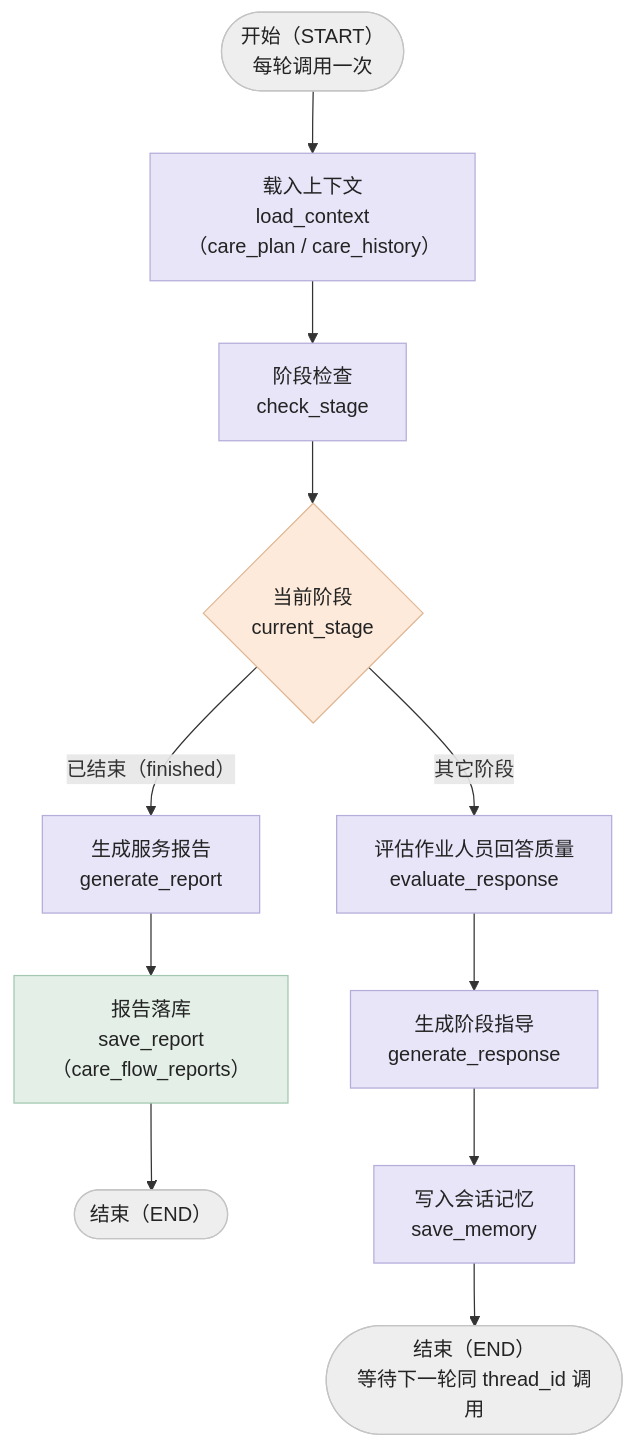
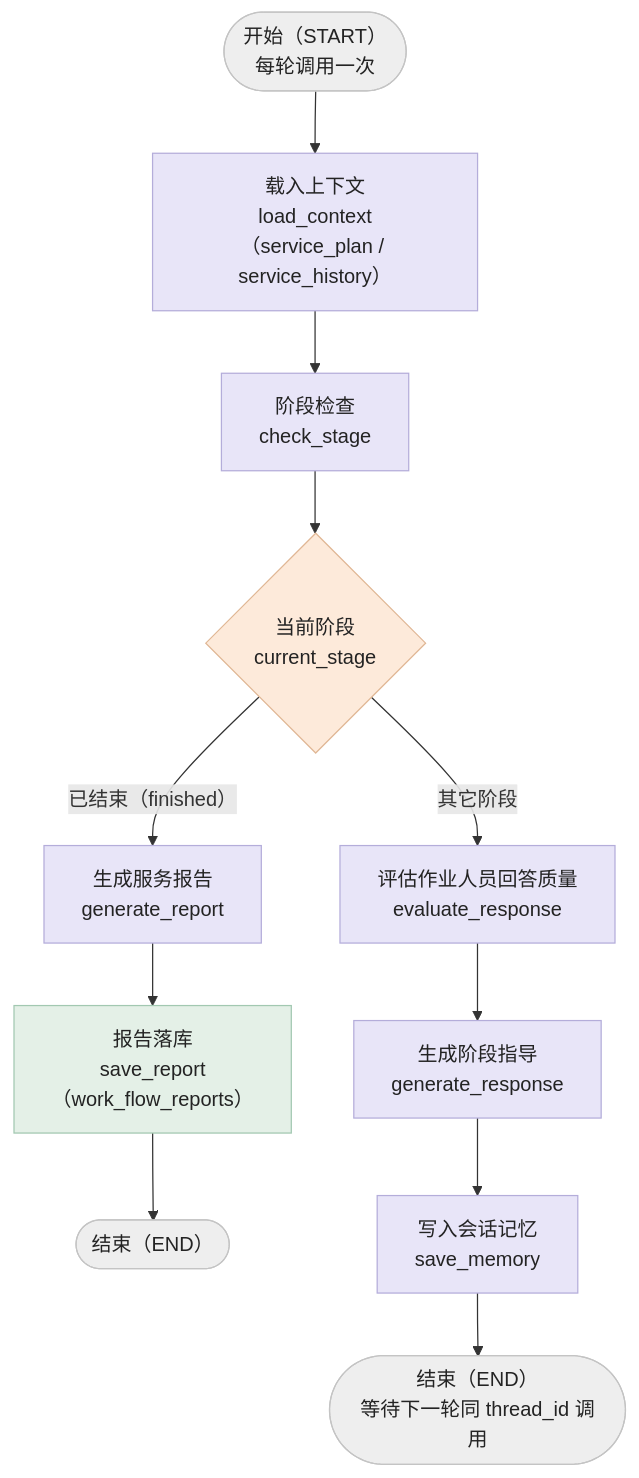
Before and after one commit to sysyan321-alt/fieldops-agent: the ninth of 13 diagrams in 文档/架构流程图.md, drawn with Mermaid. The commit also changed other lines of this file and 4 other files, not shown here.

First line of the commit message:
feat: 阶段⑤(2/2) 四份文档场景化与 MCP schema 重生成

````diff
--- a/文档/架构流程图.md
+++ b/文档/架构流程图.md
@@ -393,24 +393,24 @@
 ```mermaid
 flowchart TD
-    S(["开始（START）<br/>每轮调用一次"]) --> LC["载入上下文<br/>load_context<br/>（care_plan / care_history）"]
+    S(["开始（START）<br/>每轮调用一次"]) --> LC["载入上下文<br/>load_context<br/>（service_plan / service_history）"]
     LC --> CS["阶段检查<br/>check_stage"]
 
     CS --> Q1{"当前阶段<br/>current_stage"}
     Q1 -->|"已结束（finished）"| GR["生成服务报告<br/>generate_report"]
-    GR --> SR["报告落库<br/>save_report<br/>（care_flow_reports）"]
+    GR --> SR["报告落库<br/>save_report<br/>（work_flow_reports）"]
     SR --> E1(["结束（END）"])
 
     Q1 -->|"其它阶段"| ER["评估作业人员回答质量<br/>evaluate_response"]
     ER --> GEN["生成阶段指导<br/>generate_response"]
     GEN --> SM["写入会话记忆<br/>save_memory"]
     SM --> E2(["结束（END）<br/>等待下一轮同 thread_id 调用"])
 
     classDef proc fill:#e8e5f8,stroke:#b4adda,color:#232323
     classDef decision fill:#fdeada,stroke:#e0b795,color:#232323
     classDef store fill:#e4f0e7,stroke:#a2c8b1,color:#232323
     classDef term fill:#eeeeee,stroke:#c4c4c4,color:#232323
     class LC,CS,GR,ER,GEN,SM proc
     class Q1 decision
     class SR store
     class S,E1,E2 term
 ```
````
